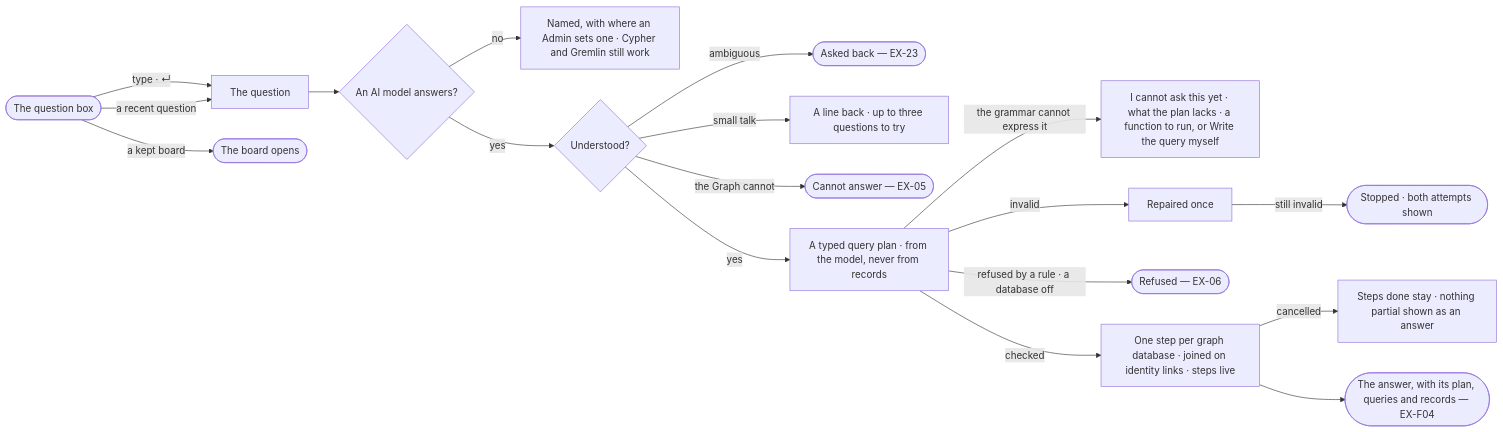
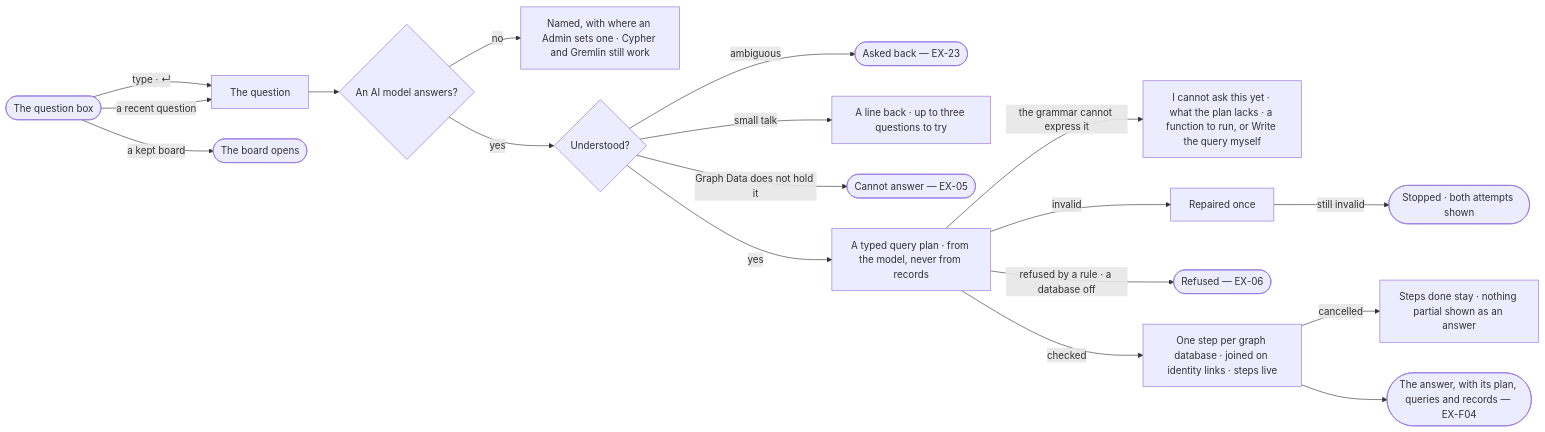
Before and after one commit to invana/invana: the diagram in specs/capabilities/explore/features/EX-F03-ask-a-question/stories/EX-01-ask-in-plain-words/story.md, drawn with Mermaid. The commit also changed other lines of this file and 69 other files, not shown here.

First line of the commit message:
feat(specs): retire Graph as an object — Graph Data is the screen word

````diff
--- a/specs/capabilities/explore/features/EX-F03-ask-a-question/stories/EX-01-ask-in-plain-words/story.md
+++ b/specs/capabilities/explore/features/EX-F03-ask-a-question/stories/EX-01-ask-in-plain-words/story.md
@@ -28,19 +28,19 @@
 ```mermaid
 flowchart LR
   a([The question box]) -->|type · ↵| q["The question"]
   a -->|a recent question| q
   a -->|a kept board| b([The board opens])
   q --> llm{An AI model answers?}
   llm -->|no| nl["Named, with where an Admin sets one · Cypher and Gremlin still work"]
   llm -->|yes| u{Understood?}
   u -->|ambiguous| cq(["Asked back — EX-23"])
   u -->|small talk| t["A line back · up to three questions to try"]
-  u -->|the Graph cannot| ca(["Cannot answer — EX-05"])
+  u -->|Graph Data does not hold it| ca(["Cannot answer — EX-05"])
   u -->|yes| p["A typed query plan · from the model, never from records"]
   p -->|the grammar cannot express it| gap["I cannot ask this yet · what the plan lacks · a function to run, or Write the query myself"]
   p -->|invalid| rp["Repaired once"] -->|still invalid| st(["Stopped · both attempts shown"])
   p -->|refused by a rule · a database off| rf(["Refused — EX-06"])
   p -->|checked| r["One step per graph database · joined on identity links · steps live"]
   r -->|cancelled| c["Steps done stay · nothing partial shown as an answer"]
   r --> ans(["The answer, with its plan, queries and records — EX-F04"])
 ```
````
